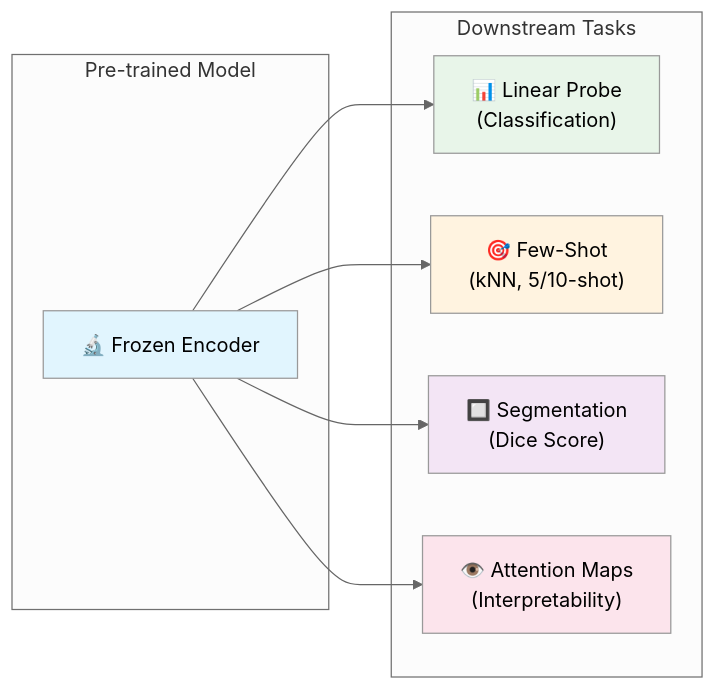
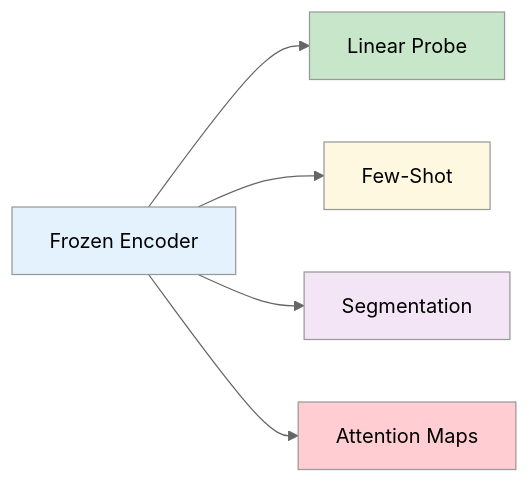
Before and after one commit to prthmmkhija1/MedJEPA: the fourth of 5 diagrams in README.md, drawn with Mermaid (neutral theme). The commit also changed other lines of this file and 2 other files, not shown here.

````diff
--- a/README.md
+++ b/README.md
@@ -139,24 +107,13 @@
 ```mermaid
 flowchart LR
-    subgraph "Pre-trained Model"
-        M["🔬 Frozen Encoder"]
-    end
+    M[Frozen Encoder] --> LP[Linear Probe]
+    M --> FS[Few-Shot]
+    M --> SEG[Segmentation]
+    M --> ATT[Attention Maps]
 
-    subgraph "Downstream Tasks"
-        LP["📊 Linear Probe\n(Classification)"]
-        FS["🎯 Few-Shot\n(kNN, 5/10-shot)"]
-        SEG["🔲 Segmentation\n(Dice Score)"]
-        ATT["👁️ Attention Maps\n(Interpretability)"]
-    end
-
-    M --> LP
-    M --> FS
-    M --> SEG
-    M --> ATT
-
-    style M fill:#e1f5fe
-    style LP fill:#e8f5e9
-    style FS fill:#fff3e0
+    style M fill:#e3f2fd
+    style LP fill:#c8e6c9
+    style FS fill:#fff8e1
     style SEG fill:#f3e5f5
-    style ATT fill:#fce4ec
+    style ATT fill:#ffcdd2
 ```
````
